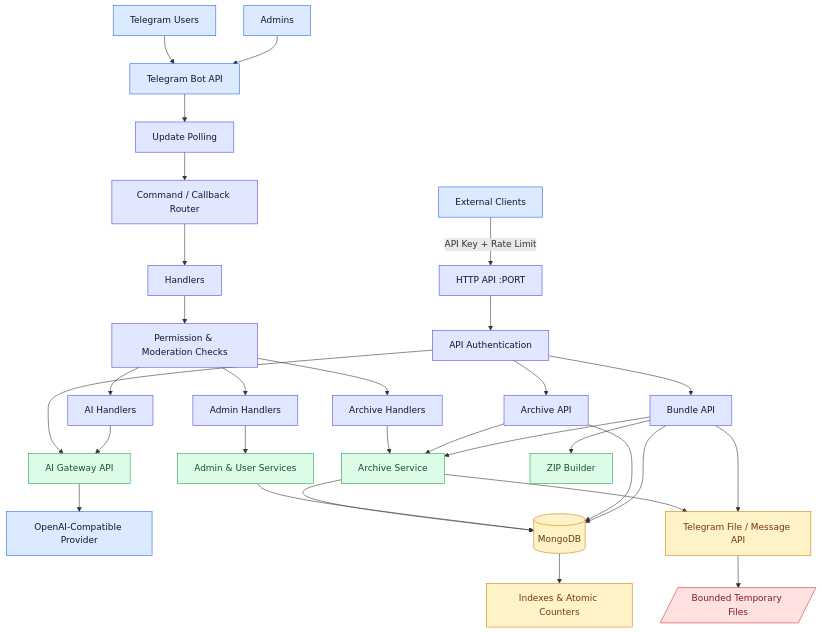
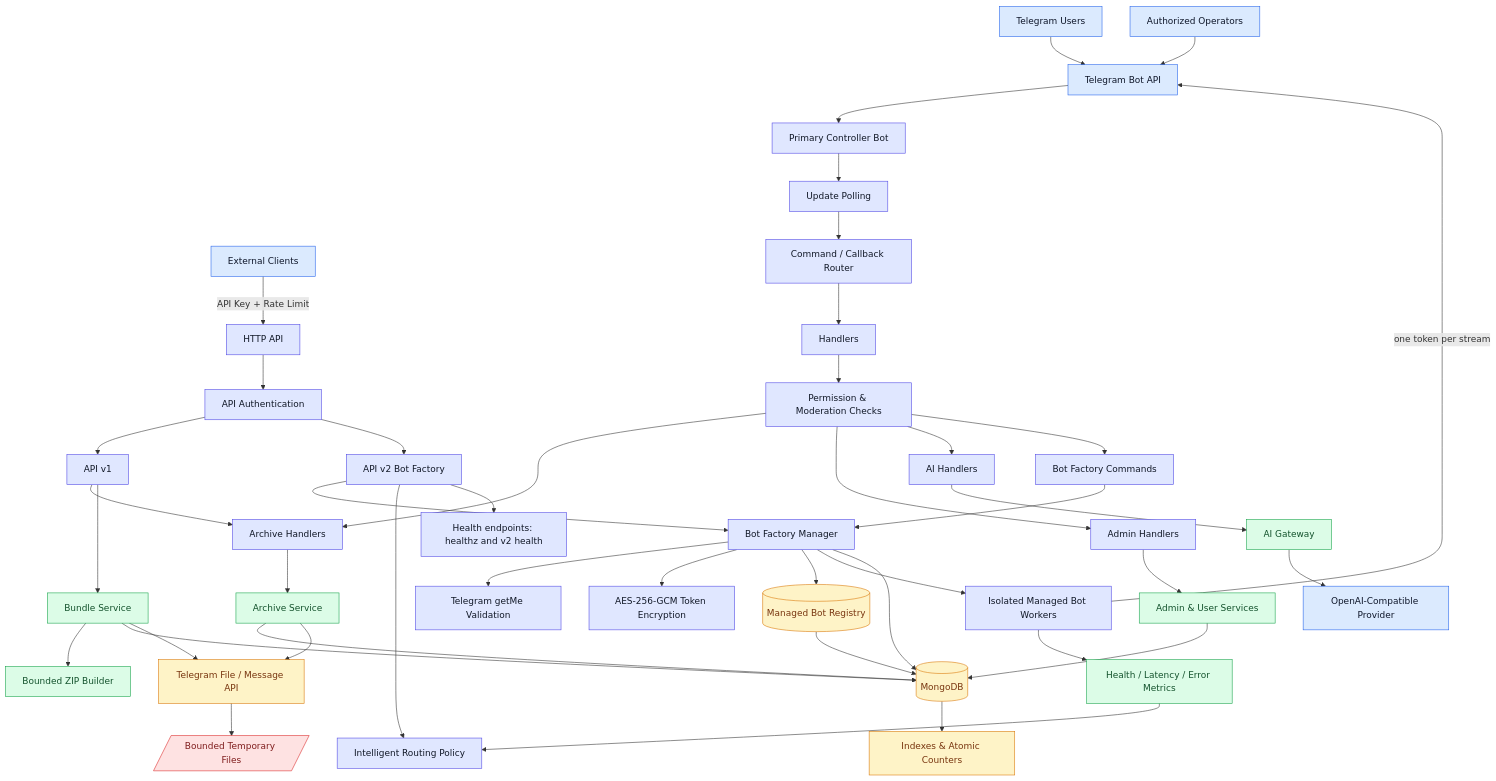
One commit to alihaidershakermax/telegram-archive changed the diagram in docs/architecture.mmd. Above: the diagram before and after it, drawn with Mermaid. The commit also changed 24 other files, not shown here.

Commit message:
feat: add Bot Factory and API v2

```diff
--- a/docs/architecture.mmd
+++ b/docs/architecture.mmd
@@ -1,47 +1,61 @@
-flowchart TB
+flowchart TD
     U[Telegram Users] --> TG[Telegram Bot API]
-    A[Admins] --> TG
-    C[External Clients] -->|API Key + Rate Limit| HTTP[HTTP API :PORT]
+    A[Authorized Operators] --> TG
+    C[External Clients] -->|API Key + Rate Limit| HTTP[HTTP API]
 
-    TG --> UPD[Update Polling]
+    TG --> PRIMARY[Primary Controller Bot]
+    PRIMARY --> UPD[Update Polling]
     UPD --> ROUTER[Command / Callback Router]
     ROUTER --> H[Handlers]
     H --> AUTHZ[Permission & Moderation Checks]
     AUTHZ --> ARCH[Archive Handlers]
     AUTHZ --> ADM[Admin Handlers]
     AUTHZ --> AIH[AI Handlers]
+    AUTHZ --> FACTORYH[Bot Factory Commands]
+
+    FACTORYH --> MANAGER[Bot Factory Manager]
+    MANAGER --> VALIDATE[Telegram getMe Validation]
+    MANAGER --> CIPHER[AES-256-GCM Token Encryption]
+    MANAGER --> REG[(Managed Bot Registry)]
+    MANAGER --> WORKERS[Isolated Managed Bot Workers]
+    WORKERS -->|one token per stream| TG
+    WORKERS --> METRICS[Health / Latency / Error Metrics]
+    METRICS --> POLICY[Intelligent Routing Policy]
 
     HTTP --> APIAUTH[API Authentication]
-    APIAUTH --> APIR[Archive API]
-    APIAUTH --> BUNDLE[Bundle API]
-    APIAUTH --> AIGW[AI Gateway API]
+    APIAUTH --> APIV1[API v1]
+    APIAUTH --> APIV2[API v2 Bot Factory]
+    APIV1 --> ARCH
+    APIV2 --> MANAGER
+    APIV2 --> POLICY
+    APIV2 --> HEALTH[Health endpoints: healthz and v2 health]
 
     ARCH --> AS[Archive Service]
     ADM --> ADS[Admin & User Services]
-    AIH --> AIGW
-    APIR --> AS
-    BUNDLE --> AS
-    BUNDLE --> ZIP[ZIP Builder]
+    AIH --> AIGW[AI Gateway]
+    APIV1 --> BUNDLE[Bundle Service]
+    BUNDLE --> ZIP[Bounded ZIP Builder]
     AIGW --> LLM[OpenAI-Compatible Provider]
 
     AS --> DB[(MongoDB)]
     ADS --> DB
-    APIR --> DB
     BUNDLE --> DB
+    MANAGER --> DB
+    REG --> DB
     DB --> IDX[Indexes & Atomic Counters]
 
     AS --> TGA[Telegram File / Message API]
     BUNDLE --> TGA
     TGA --> TMP[/Bounded Temporary Files/]
 
     classDef external fill:#dbeafe,stroke:#2563eb,color:#0f172a
     classDef app fill:#e0e7ff,stroke:#4f46e5,color:#111827
     classDef service fill:#dcfce7,stroke:#16a34a,color:#14532d
     classDef data fill:#fef3c7,stroke:#d97706,color:#78350f
     classDef risk fill:#fee2e2,stroke:#dc2626,color:#7f1d1d
 
     class U,A,C,TG,LLM external
-    class UPD,ROUTER,H,AUTHZ,HTTP,APIAUTH,APIR,BUNDLE,AIGW,ARCH,ADM,AIH app
-    class AS,ADS,AIGW,ZIP service
-    class DB,IDX,TGA data
+    class PRIMARY,UPD,ROUTER,H,AUTHZ,HTTP,APIAUTH,APIV1,APIV2,FACTORYH,MANAGER,VALIDATE,CIPHER,WORKERS,POLICY,HEALTH,ARCH,ADM,AIH app
+    class AS,ADS,AIGW,BUNDLE,ZIP,METRICS service
+    class DB,REG,IDX,TGA data
     class TMP risk
```
